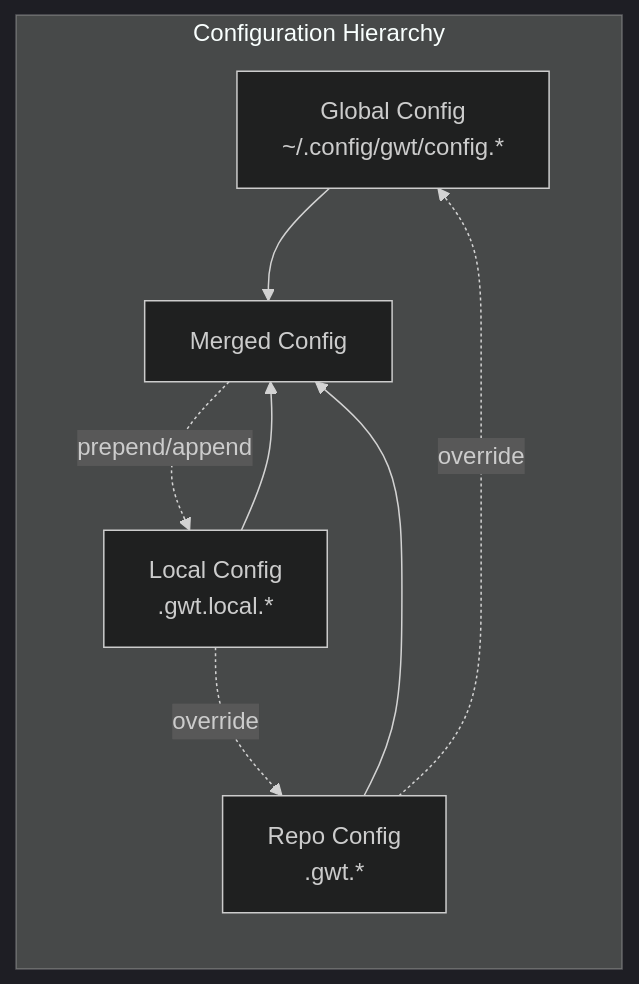
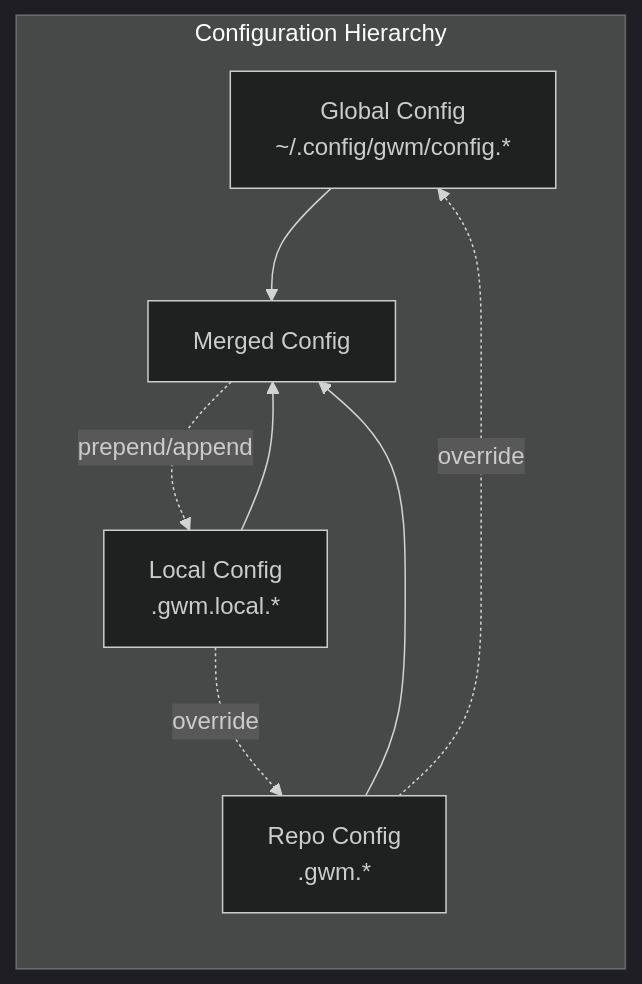
Before and after one commit to timovandeput/gwm: the fourth of 15 diagrams in docs/ARCHITECTURE.md, drawn with Mermaid (dark theme). The commit also changed other lines of this file and 19 other files, not shown here.

Commit message:
refactor: rename GWT to GWM across the project and update related documentation

````diff
--- a/docs/ARCHITECTURE.md
+++ b/docs/ARCHITECTURE.md
@@ -213,18 +213,18 @@
 ```mermaid
 graph LR
 subgraph "Configuration Hierarchy"
-G[Global Config<br/>~/.config/gwt/config.*]
-R[Repo Config<br/>.gwt.*]
-L[Local Config<br/>.gwt.local.*]
+G[Global Config<br/>~/.config/gwm/config.*]
+R[Repo Config<br/>.gwm.*]
+L[Local Config<br/>.gwm.local.*]
 M[Merged Config]
 end
 
 G --> M
 R --> M
 L --> M
 
 L -. override .-> R
 R -. override .-> G
 
 M -. " prepend/append " .-> L
 ```
````
